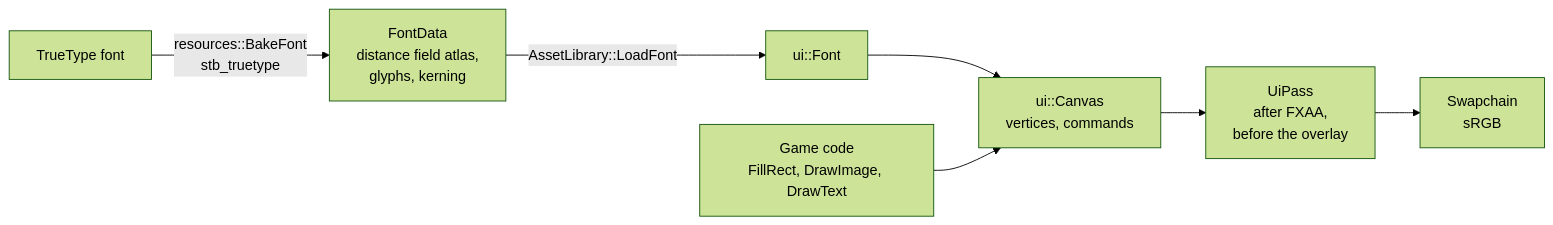
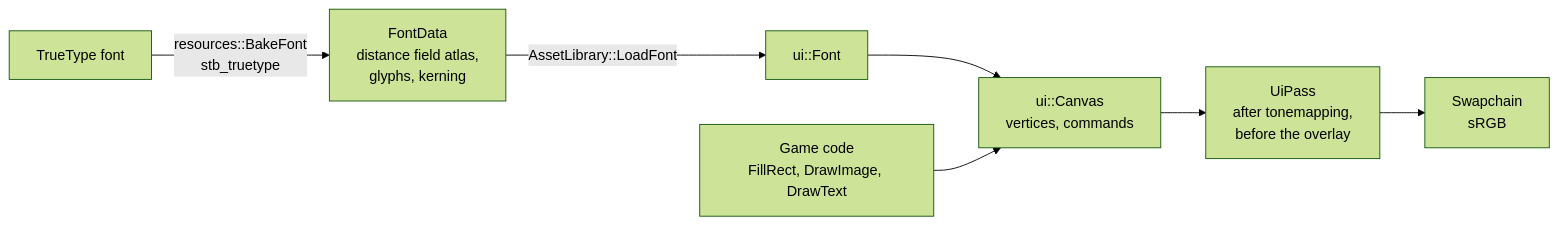
One commit to SBXdev3D/daidalos-engine-next changed the tenth of 12 diagrams in docs/ARCHITECTURE.md. Above: the diagram before and after it, drawn with Mermaid (forest theme). The commit also changed other lines of this file and 57 other files, not shown here.

````diff
--- a/docs/ARCHITECTURE.md
+++ b/docs/ARCHITECTURE.md
@@ -215,9 +216,9 @@
 ```mermaid
 flowchart LR
     TTF["TrueType font"] -->|"resources::BakeFont<br/>stb_truetype"| FD["FontData<br/>distance field atlas,<br/>glyphs, kerning"]
     FD -->|"AssetLibrary::LoadFont"| F["ui::Font"]
     F --> C["ui::Canvas<br/>vertices, commands"]
     G["Game code<br/>FillRect, DrawImage, DrawText"] --> C
-    C --> U["UiPass<br/>after FXAA,<br/>before the overlay"]
+    C --> U["UiPass<br/>after tonemapping,<br/>before the overlay"]
     U --> S["Swapchain<br/>sRGB"]
 ```
````
